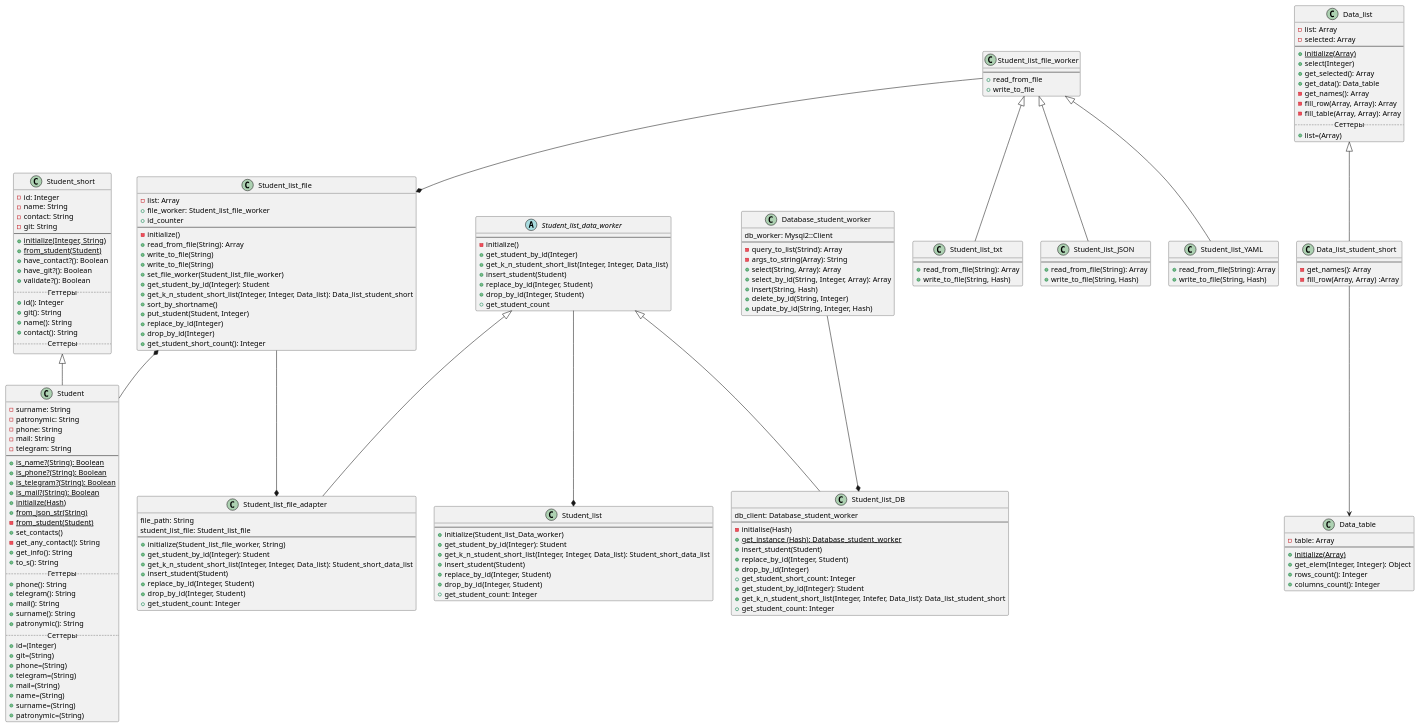
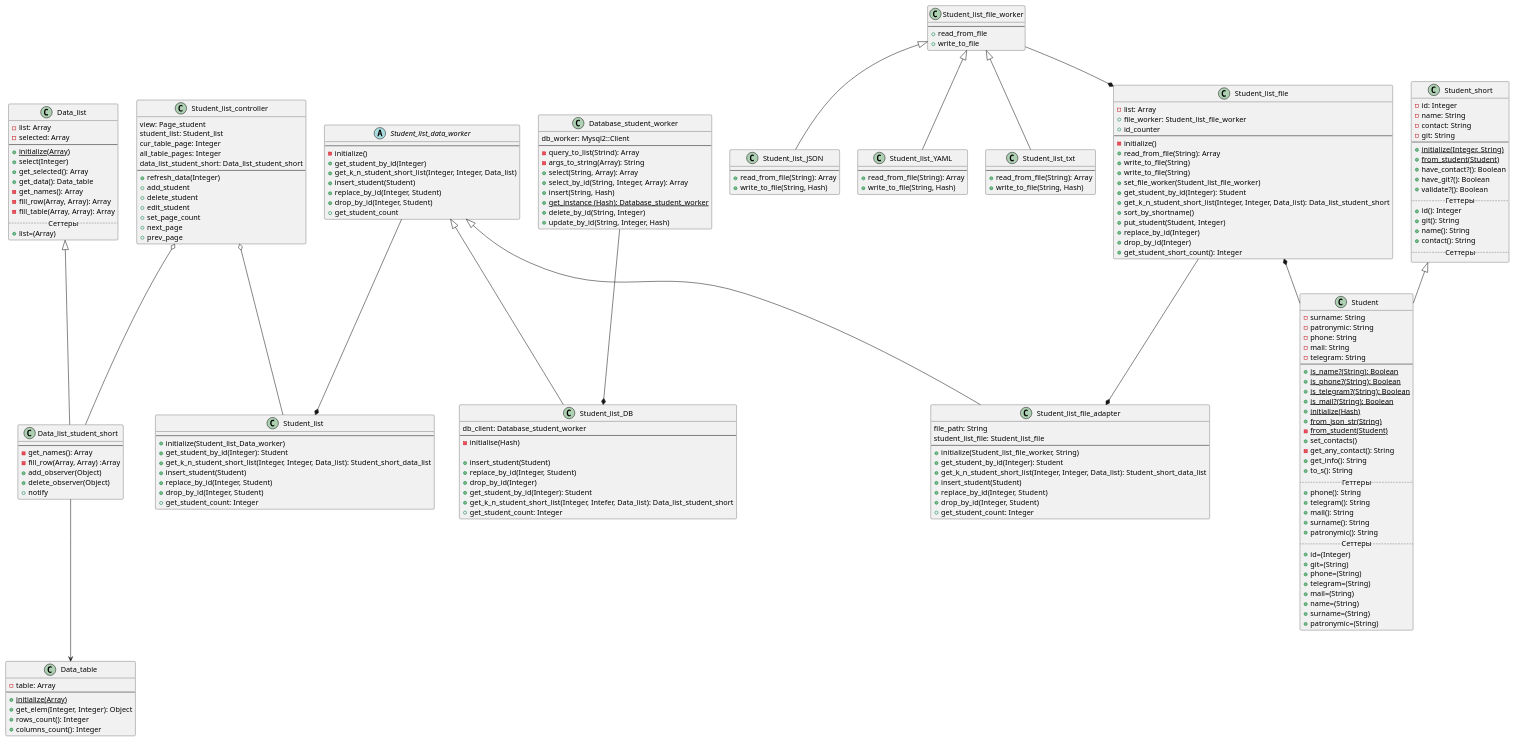
Before and after one commit to VitalijGolovij/PatternProgLabs: the diagram in Lab2/Student/diagrams/StudentDiagram.puml, drawn with PlantUML. The commit also changed 11 other files, not shown here.

```diff
--- a/Lab2/Student/diagrams/StudentDiagram.puml
+++ b/Lab2/Student/diagrams/StudentDiagram.puml
@@ -77,6 +77,9 @@
  --
       -get_names(): Array
       -fill_row(Array, Array) :Array
++add_observer(Object)
++delete_observer(Object)
++notify
   }
 
 Class Data_table
@@ -181,6 +184,7 @@
 +select(String, Array): Array
 +select_by_id(String, Integer, Array): Array
 +insert(String, Hash)
++{static} get_instance (Hash): Database_student_worker
 +delete_by_id(String, Integer)
 +update_by_id(String, Integer, Hash)
 }
@@ -189,15 +193,36 @@
 db_client: Database_student_worker
 --
 -initialise(Hash)
-+{static} get_instance (Hash): Database_student_worker
+
 +insert_student(Student)
 +replace_by_id(Integer, Student)
 +drop_by_id(Integer)
-+get_student_short_count: Integer
 +get_student_by_id(Integer): Student
 +get_k_n_student_short_list(Integer, Intefer, Data_list): Data_list_student_short
 +get_student_count: Integer
 }
+
+
+class Student_list_controller
+{
+view: Page_student
+student_list: Student_list
+cur_table_page: Integer
+all_table_pages: Integer
+data_list_student_short: Data_list_student_short
+--
++refresh_data(Integer)
++add_student
++delete_student
++edit_student
++set_page_count
++next_page
++prev_page
+}
+
+Student_list_controller o-- Student_list
+
+Student_list_controller o-- Data_list_student_short
 Database_student_worker--*Student_list_DB
 Student_list_data_worker --* Student_list
 Student_list_file_worker --* Student_list_file
```
